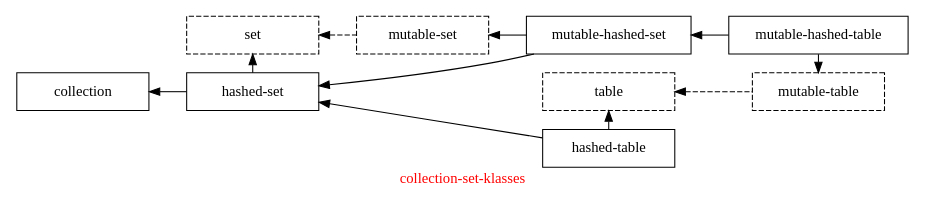
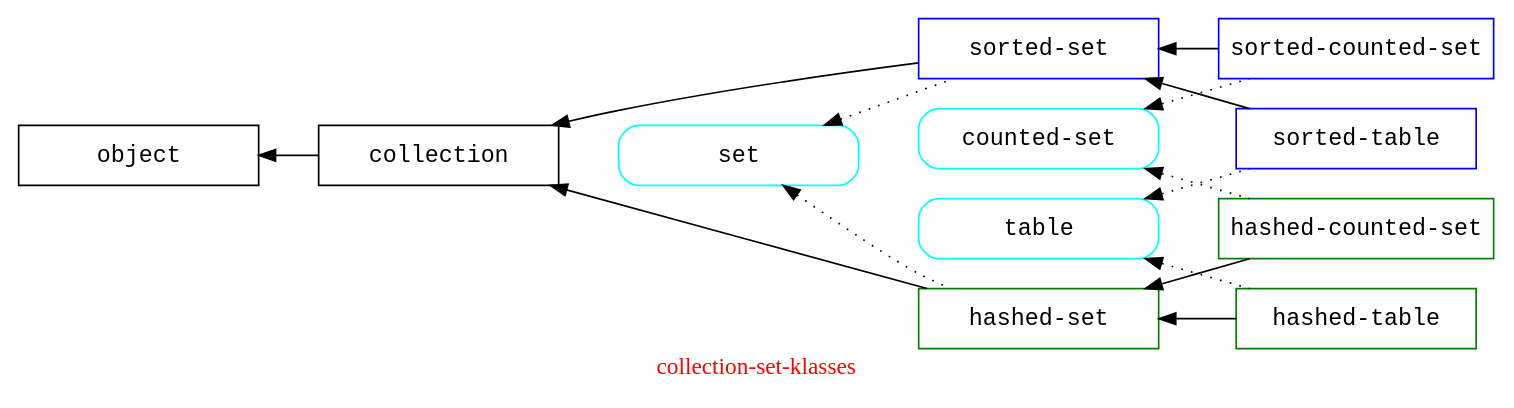
The diagram in doc/collection-set-klasses.dot (Ayyzee/dakota), drawn with Graphviz before and after one commit. The commit also changed 2 other files, not shown here.

Commit message:
Updated collection related dot files in preparation for mutable/immutable refactoring.

```diff
--- a/doc/collection-set-klasses.dot
+++ b/doc/collection-set-klasses.dot
@@ -1,71 +1,56 @@
 // -*- mode: C++; c-basic-offset: 2; tab-width: 2; indent-tabs-mode: nil -*-
 
 // Copyright (C) 2007, 2008, 2009 Robert Nielsen <robert@dakota.org>
 //
 // Licensed under the Apache License, Version 2.0 (the "License");
 // you may not use this file except in compliance with the License.
 // You may obtain a copy of the License at
 //
 //      http://www.apache.org/licenses/LICENSE-2.0
 //
 // Unless required by applicable law or agreed to in writing, software
 // distributed under the License is distributed on an "AS IS" BASIS,
 // WITHOUT WARRANTIES OR CONDITIONS OF ANY KIND, either express or implied.
 // See the License for the specific language governing permissions and
 // limitations under the License.
 
 digraph "collection-set-klasses"
 {
-  graph [ label = "\G", fontcolor = red ];
-	graph [ rankdir = LR, center = true, page = "8.5,11", size = "7.5,10" ];
-	node [ shape = rect, width = 1.75 ];
-  edge [ dir = back ];
+	graph [ label = "\G",
+          fontcolor = red,
+          rankdir = LR,
+	];
+	node [ fontname = courier,
+         shape = rect,
+         width = 2.0,
+	];
+	edge [ dir = back, // its more natural to see: some-klass <- some-subklass
+	];
 
-  "collection" -> "hashed-set";
-//   "collection" -> "sorted-set";
+	"sorted-counted-set" [ color = blue ];
+	"hashed-set" [ color = green ];
+	"sorted-set" [ color = blue ];
+	"sorted-table" [ color = blue ];
+	"hashed-counted-set" [ color = green ];
+	"hashed-table" [ color = green ];
+	"table" [ color = cyan, style = rounded ];
+	"counted-set" [ color = cyan, style = rounded ];
+	"set" [ color = cyan, style = rounded ];
 
-  "hashed-set" -> "mutable-hashed-set";
-//   "sorted-set" -> "mutable-sorted-set";
+	"sorted-set" -> "sorted-counted-set";
+	"collection" -> "hashed-set";
+	"collection" -> "sorted-set";
+	"object" -> "collection";
+	"sorted-set" -> "sorted-table";
+	"hashed-set" -> "hashed-counted-set";
+	"hashed-set" -> "hashed-table";
+	"counted-set" -> "sorted-counted-set" [ style = dotted ];
+	"set" -> "hashed-set" [ style = dotted ];
+	"set" -> "sorted-set" [ style = dotted ];
+	"table" -> "sorted-table" [ style = dotted ];
+	"counted-set" -> "hashed-counted-set" [ style = dotted ];
+	"table" -> "hashed-table" [ style = dotted ];
 
-	"hashed-set" -> "hashed-table";
-// 	"sorted-set" -> "sorted-table";
-
-	"mutable-hashed-set" -> "mutable-hashed-table";
-// 	"mutable-sorted-set" -> "mutable-sorted-table";
-
-  
-  "set" -> "mutable-set" [ style = dashed ];
-  "table" -> "mutable-table" [ style = dashed ];
-
-//   "set" -> "sorted-set";
-//   "mutable-set" -> "mutable-sorted-set";
-//   "mutable-table" -> "mutable-sorted-table";
-//   "table" -> "sorted-table";
-
-  "set" [ style = dashed ];
-  "mutable-set" [ style = dashed ];
-  "mutable-table" [ style = dashed ];
-  "table" [ style = dashed ];
-
-//   "hashed-set" -> "set" [ dir = backward ];
-//   "mutable-hashed-set" -> "mutable-set" [ dir = backward ];
-//   "mutable-hashed-table" -> "mutable-table" [ dir = backward ];
-//   "hashed-table" -> "table" [ dir = backward ];
-
-  "set" -> "hashed-set";
-  "mutable-set" -> "mutable-hashed-set";
-  "mutable-hashed-table" -> "mutable-table" [ dir = backward ];
-  "table" -> "hashed-table";
-
-//   { rank = same; "sorted-set"; "set" };
-  { rank = same; "hashed-set"; "set" };
-
-//   { rank = same; "mutable-sorted-set"; "mutable-set" };
-//   { rank = same; "mutable-hashed-set"; "mutable-set" };
-
-//   { rank = same; "sorted-table"; "table" };
-  { rank = same; "hashed-table"; "table" };
-
-//   { rank = same; "mutable-sorted-table"; "mutable-table" };
-  { rank = same; "mutable-hashed-table"; "mutable-table" };
+  // layout only
+  "collection" -> "set" [ style = invis ]; // hackhack
 }
```
